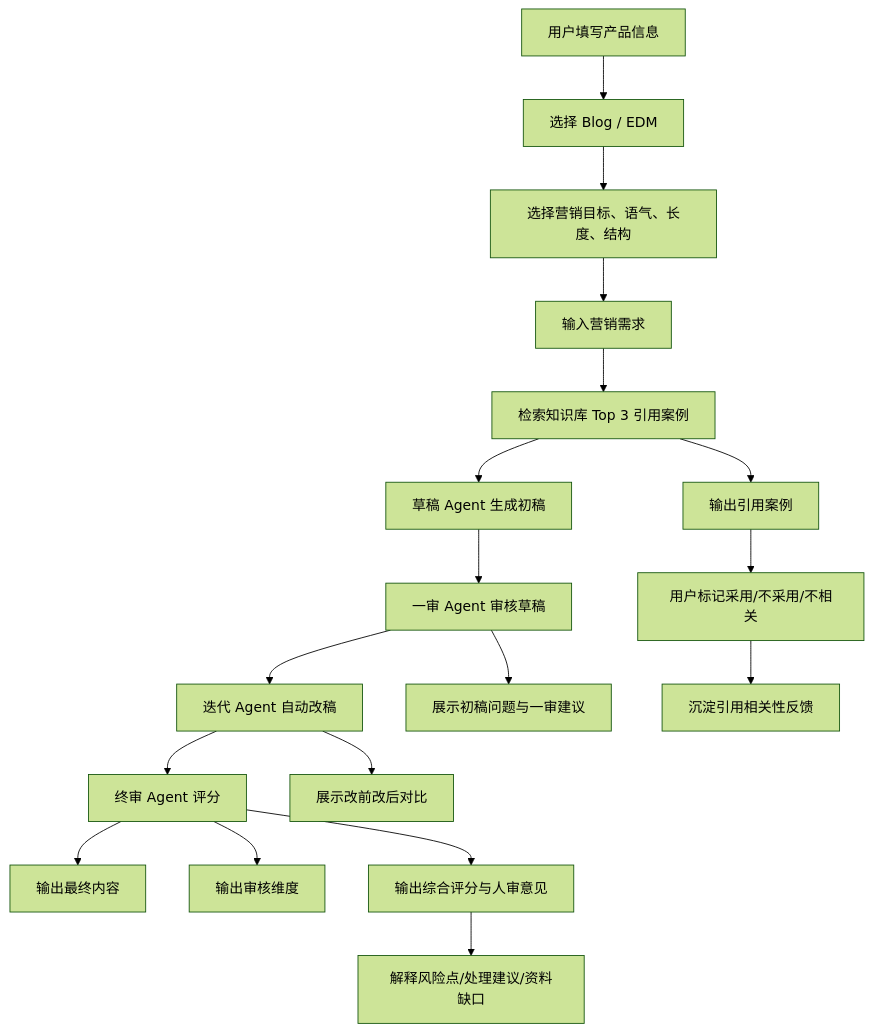
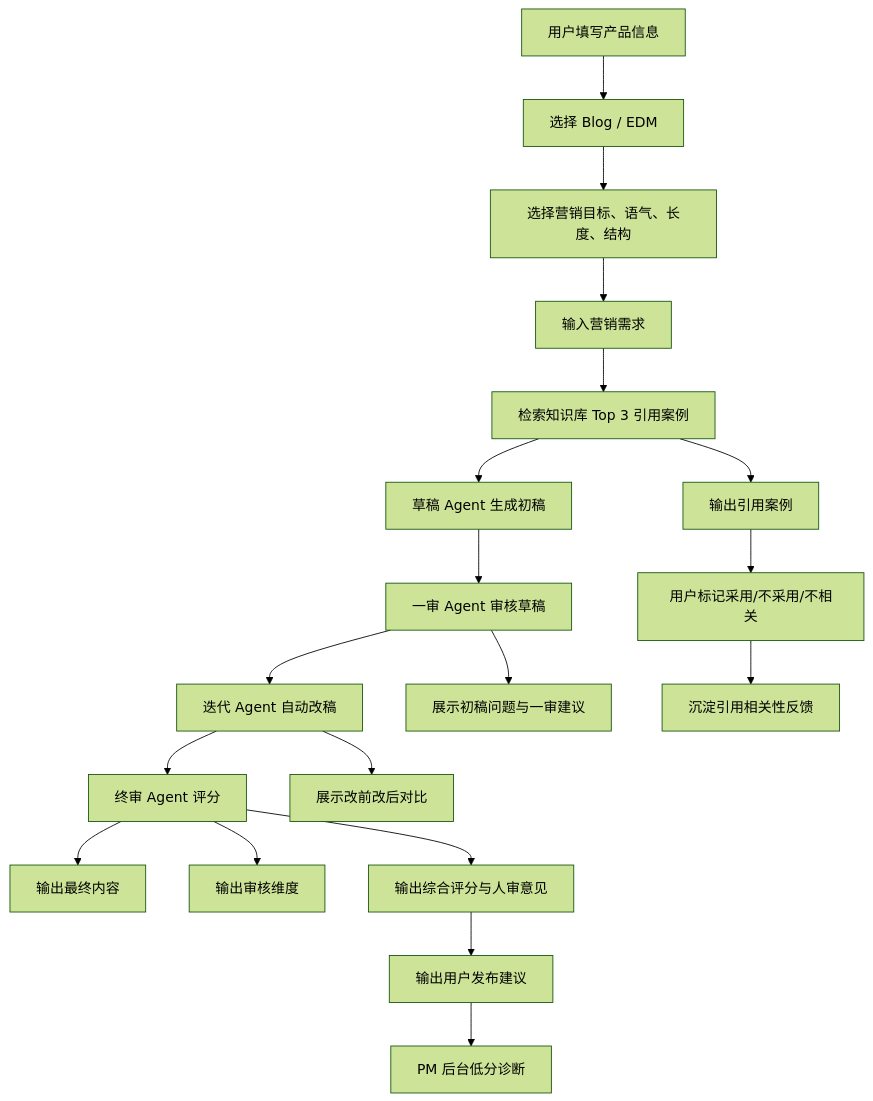
Before and after one commit to iamnotalle/AI-keyboard-marketing-platform-v2: the first of 2 diagrams in docs/USER_FLOW.md, drawn with Mermaid (forest theme). The commit also changed other lines of this file and 5 other files, not shown here.

````diff
--- a/docs/USER_FLOW.md
+++ b/docs/USER_FLOW.md
@@ -5,20 +5,21 @@
 ```mermaid
 flowchart TD
     A["用户填写产品信息"] --> B["选择 Blog / EDM"]
     B --> C["选择营销目标、语气、长度、结构"]
     C --> D["输入营销需求"]
     D --> E["检索知识库 Top 3 引用案例"]
     E --> F["草稿 Agent 生成初稿"]
     F --> G["一审 Agent 审核草稿"]
     G --> H["迭代 Agent 自动改稿"]
     H --> I["终审 Agent 评分"]
     I --> J["输出最终内容"]
     I --> K["输出审核维度"]
     I --> L["输出综合评分与人审意见"]
-    L --> R["解释风险点/处理建议/资料缺口"]
+    L --> R["输出用户发布建议"]
+    R --> S["PM 后台低分诊断"]
     E --> M["输出引用案例"]
     M --> N["用户标记采用/不采用/不相关"]
     N --> O["沉淀引用相关性反馈"]
     G --> P["展示初稿问题与一审建议"]
     H --> Q["展示改前改后对比"]
 ```
````
